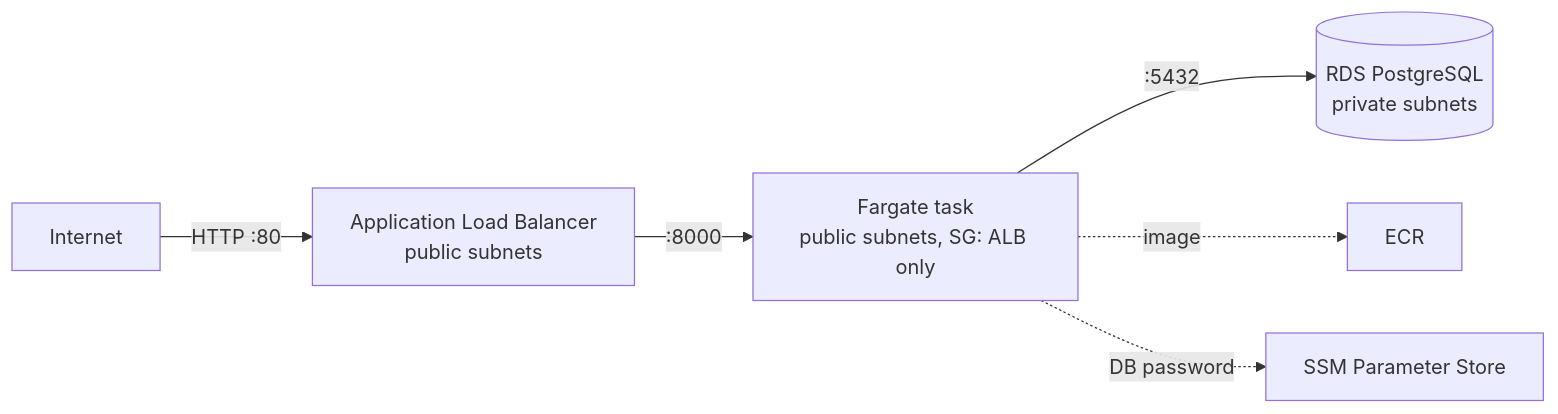
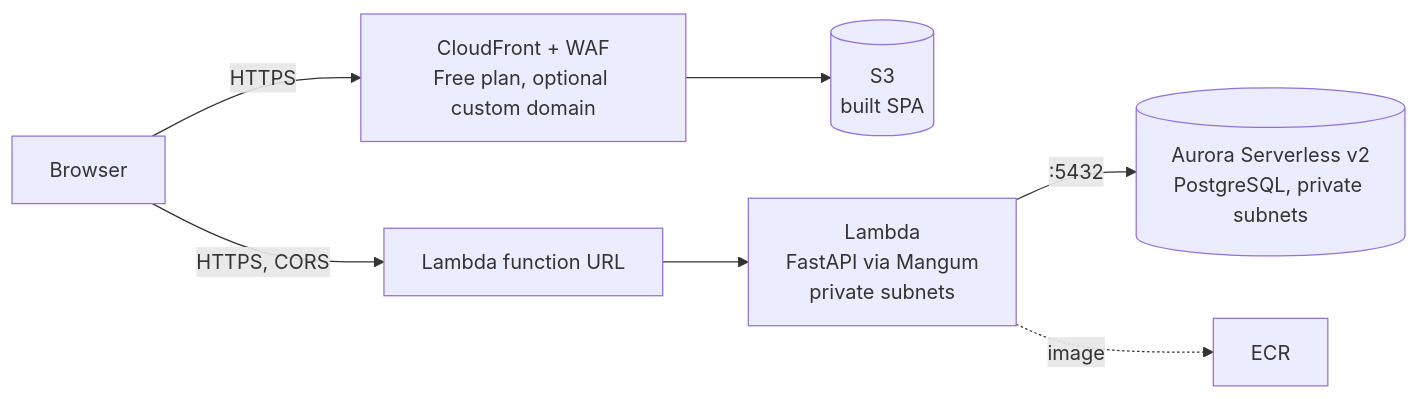
Before and after one commit to dobosevych/OneTwoThree: the diagram in README.md, drawn with Mermaid. The commit also changed other lines of this file and 9 other files, not shown here.

Commit message:
Fixed architecture

````diff
--- a/README.md
+++ b/README.md
@@ -105,8 +111,9 @@
 ```mermaid
 flowchart LR
-    U[Internet] -->|HTTP :80| ALB[Application Load Balancer<br/>public subnets]
-    ALB -->|:8000| T[Fargate task<br/>public subnets, SG: ALB only]
-    T -->|:5432| DB[(RDS PostgreSQL<br/>private subnets)]
-    T -. image .-> ECR[ECR]
-    T -. DB password .-> SSM[SSM Parameter Store]
+    B[Browser] -->|HTTPS| CF[CloudFront + WAF<br/>Free plan, optional custom domain]
+    CF --> S3[(S3<br/>built SPA)]
+    B -->|HTTPS, CORS| URL[Lambda function URL]
+    URL --> L[Lambda<br/>FastAPI via Mangum<br/>private subnets]
+    L -->|:5432| DB[(Aurora Serverless v2<br/>PostgreSQL, private subnets)]
+    L -. image .-> ECR[ECR]
 ```
````
